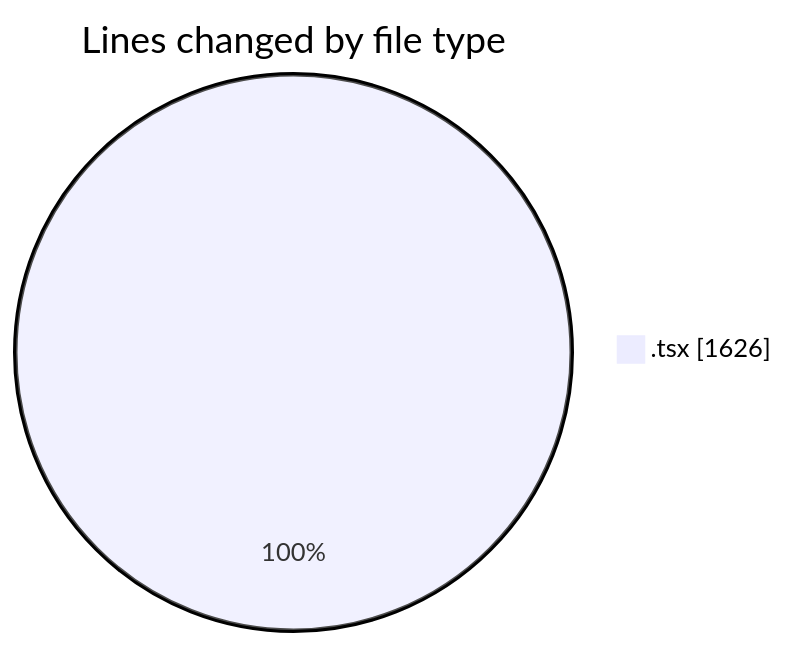
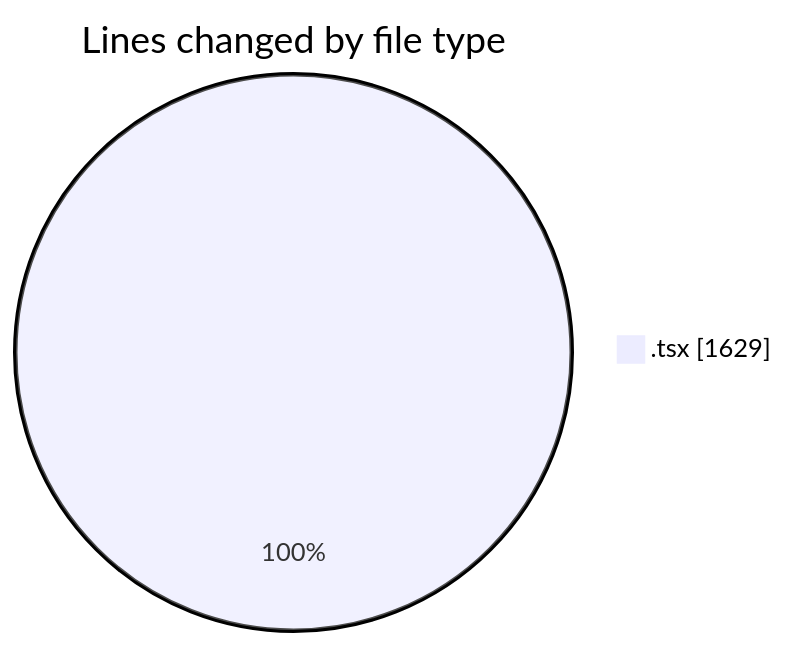
Before and after one commit to momahboobian/code-tracking: the first of 2 diagrams in 2025-09-30/cda/README.md, drawn with Mermaid. The commit also changed other lines of this file and 1 other file, not shown here.

````diff
--- a/2025-09-30/cda/README.md
+++ b/2025-09-30/cda/README.md
@@ -21,5 +21,5 @@
 ```mermaid
 pie showData
 title Lines changed by file type
-".tsx" : 1626
+".tsx" : 1629
 ```
````
